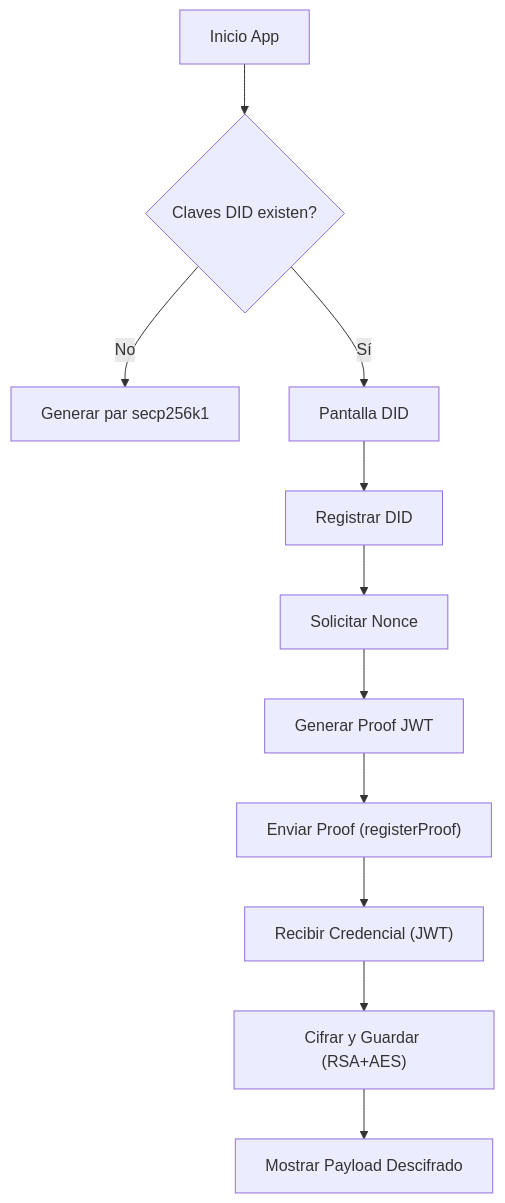
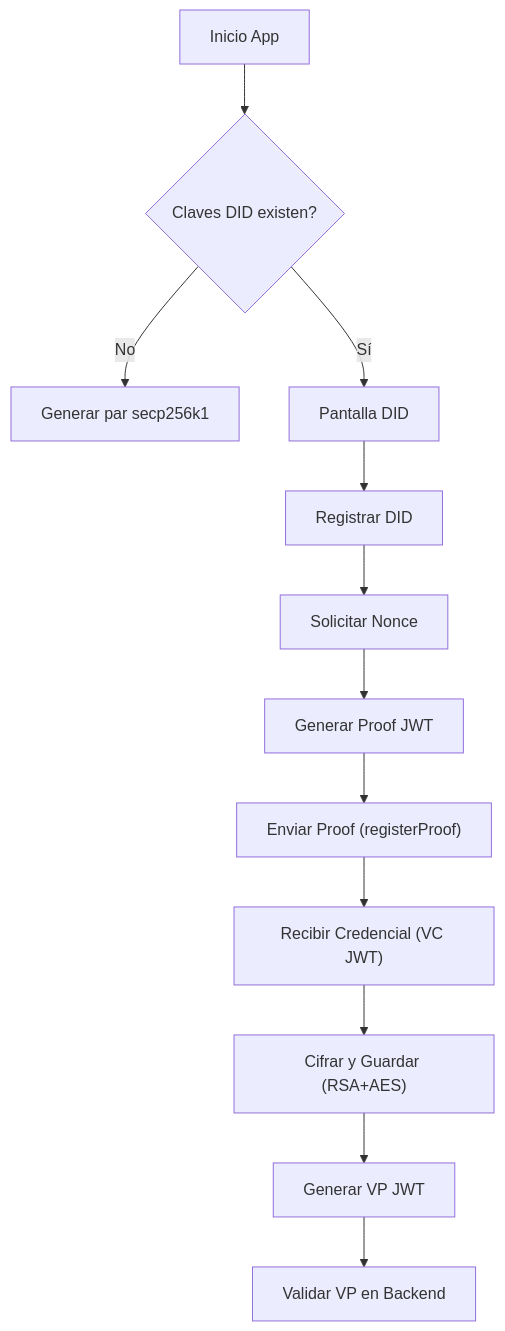
Before and after one commit to tohure/DID-Blockchainless-demo: the diagram in README.md, drawn with Mermaid. The commit also changed other lines of this file and 8 other files, not shown here.

````diff
--- a/README.md
+++ b/README.md
@@ -50,14 +50,15 @@
 ```mermaid
 graph TD
     A[Inicio App] --> B{Claves DID existen?}
     B -- No --> C["Generar par secp256k1"]
     B -- Sí --> D[Pantalla DID]
     
     D --> E[Registrar DID]
     E --> F[Solicitar Nonce]
     F --> G[Generar Proof JWT]
     G --> H["Enviar Proof (registerProof)"]
-    H --> I["Recibir Credencial (JWT)"]
+    H --> I["Recibir Credencial (VC JWT)"]
     I --> J["Cifrar y Guardar (RSA+AES)"]
-    J --> K[Mostrar Payload Descifrado]
+    J --> K["Generar VP JWT"]
+    K --> L["Validar VP en Backend"]
 ```
````
